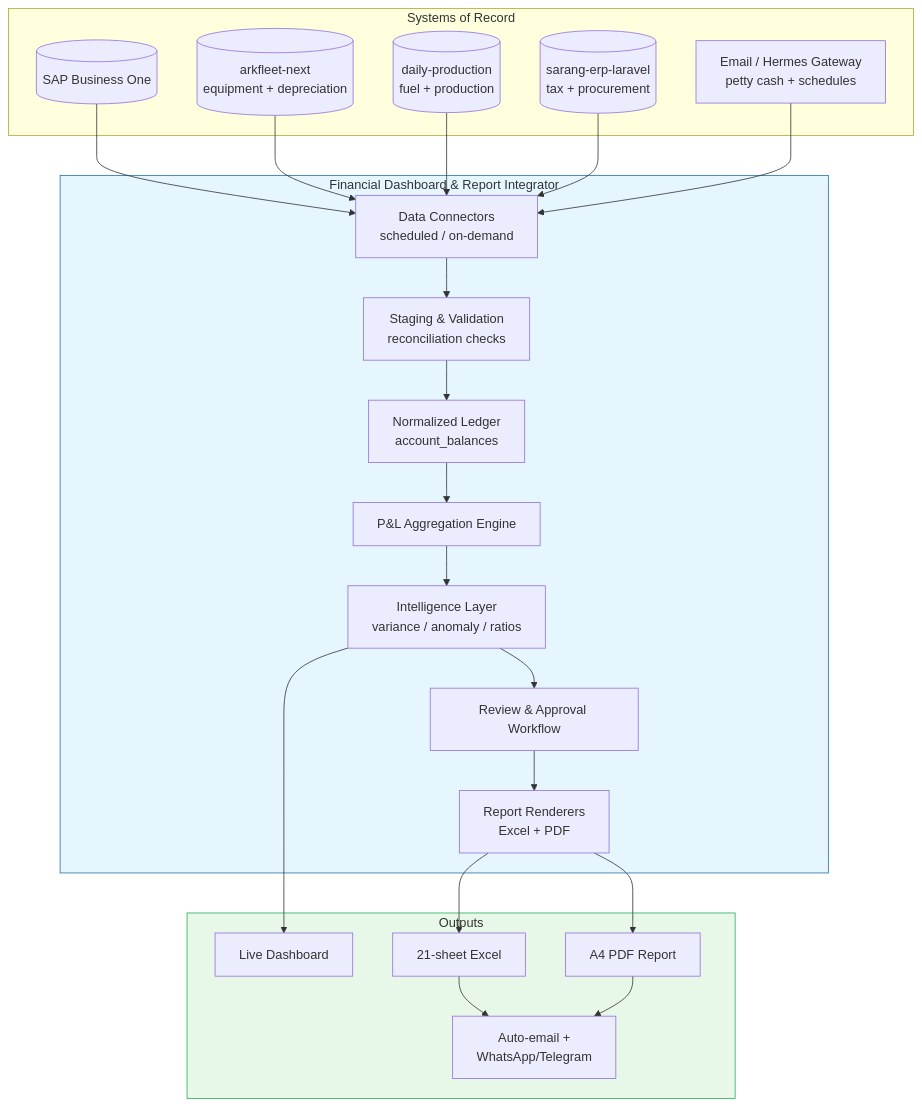
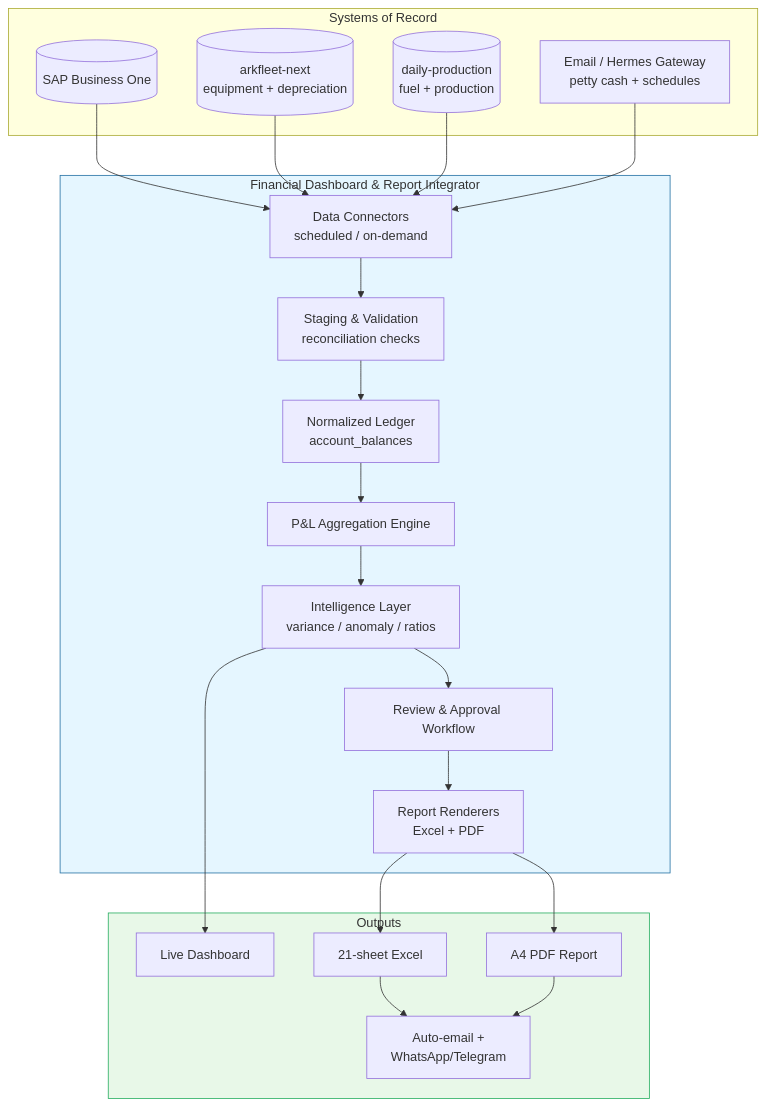
One commit to rachmanj/inhouse-pnl changed the second of 19 diagrams in docs/concept.md. Above: the diagram before and after it, drawn with Mermaid. The commit also changed other lines of this file and 8 other files, not shown here.

First line of the commit message:
chore: drop sarang-erp integration — ArkaLedger is standalone

````diff
--- a/docs/concept.md
+++ b/docs/concept.md
@@ -114,40 +114,38 @@
 ```mermaid
 flowchart TD
     subgraph Sources["Systems of Record"]
         SAP[(SAP Business One)]
         ARK[(arkfleet-next\nequipment + depreciation)]
         PROD[(daily-production\nfuel + production)]
-        ERP[(sarang-erp-laravel\ntax + procurement)]
         MAIL[Email / Hermes Gateway\npetty cash + schedules]
     end
 
     subgraph App["Financial Dashboard & Report Integrator"]
         Connect[Data Connectors\nscheduled / on-demand]
         Stage[Staging & Validation\nreconciliation checks]
         Model[Normalized Ledger\naccount_balances]
         Aggregate[P&L Aggregation Engine]
         Intel[Intelligence Layer\nvariance / anomaly / ratios]
         Review[Review & Approval Workflow]
         Render[Report Renderers\nExcel + PDF]
     end
 
     subgraph Out["Outputs"]
         Dash[Live Dashboard]
         Excel[21-sheet Excel]
         PDF[A4 PDF Report]
         Notify[Auto-email +\nWhatsApp/Telegram]
     end
 
     SAP --> Connect
     ARK --> Connect
     PROD --> Connect
-    ERP --> Connect
     MAIL --> Connect
     Connect --> Stage --> Model --> Aggregate --> Intel
     Intel --> Dash
     Intel --> Review --> Render
     Render --> Excel & PDF --> Notify
 
     style App fill:#e5f6ff,stroke:#2471a3
     style Out fill:#e8f8e8,stroke:#27ae60
 ```
````
